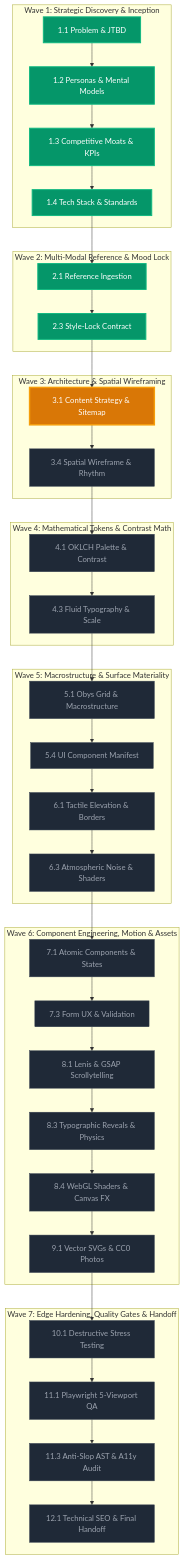
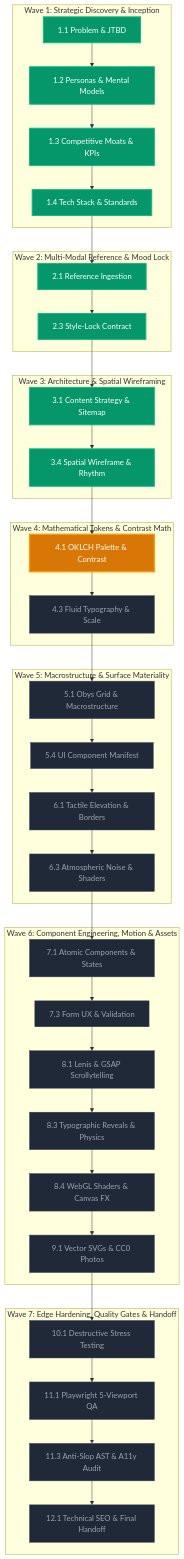
The diagram in docs/DESIGN_MAP.mermaid (atinek-182/Vidya-Dham-Academy), drawn with Mermaid before and after one commit. The commit also changed 6 other files, not shown here.

Commit message:
[GATE] Phase 3.4 Completed: Spatial Wireframing, Wave 3 Gate Cleared, and Handoff to Phase 4.1

````diff
--- a/docs/DESIGN_MAP.mermaid
+++ b/docs/DESIGN_MAP.mermaid
@@ -1,51 +1,51 @@
 ```mermaid
 graph TD
   subgraph WAVE_1 ["Wave 1: Strategic Discovery & Inception"]
     P1_1["1.1 Problem & JTBD"]:::completed --> P1_2["1.2 Personas & Mental Models"]:::completed
     P1_2 --> P1_3["1.3 Competitive Moats & KPIs"]:::completed
     P1_3 --> P1_4["1.4 Tech Stack & Standards"]:::completed
   end
 
   subgraph WAVE_2 ["Wave 2: Multi-Modal Reference & Mood Lock"]
     P2_1["2.1 Reference Ingestion"]:::completed --> P2_3["2.3 Style-Lock Contract"]:::completed
   end
 
   subgraph WAVE_3 ["Wave 3: Architecture & Spatial Wireframing"]
-    P3_1["3.1 Content Strategy & Sitemap"]:::active --> P3_4["3.4 Spatial Wireframe & Rhythm"]:::pending
+    P3_1["3.1 Content Strategy & Sitemap"]:::completed --> P3_4["3.4 Spatial Wireframe & Rhythm"]:::completed
   end
 
   subgraph WAVE_4 ["Wave 4: Mathematical Tokens & Contrast Math"]
-    P4_1["4.1 OKLCH Palette & Contrast"]:::pending --> P4_3["4.3 Fluid Typography & Scale"]:::pending
+    P4_1["4.1 OKLCH Palette & Contrast"]:::active --> P4_3["4.3 Fluid Typography & Scale"]:::pending
   end
 
   subgraph WAVE_5 ["Wave 5: Macrostructure & Surface Materiality"]
     P5_1["5.1 Obys Grid & Macrostructure"]:::pending --> P5_4["5.4 UI Component Manifest"]:::pending
     P5_4 --> P6_1["6.1 Tactile Elevation & Borders"]:::pending
     P6_1 --> P6_3["6.3 Atmospheric Noise & Shaders"]:::pending
   end
 
   subgraph WAVE_6 ["Wave 6: Component Engineering, Motion & Assets"]
     P7_1["7.1 Atomic Components & States"]:::pending --> P7_3["7.3 Form UX & Validation"]:::pending
     P7_3 --> P8_1["8.1 Lenis & GSAP Scrollytelling"]:::pending
     P8_1 --> P8_3["8.3 Typographic Reveals & Physics"]:::pending
     P8_3 --> P8_4["8.4 WebGL Shaders & Canvas FX"]:::pending
     P8_4 --> P9_1["9.1 Vector SVGs & CC0 Photos"]:::pending
   end
 
   subgraph WAVE_7 ["Wave 7: Edge Hardening, Quality Gates & Handoff"]
     P10_1["10.1 Destructive Stress Testing"]:::pending --> P11_1["11.1 Playwright 5-Viewport QA"]:::pending
     P11_1 --> P11_3["11.3 Anti-Slop AST & A11y Audit"]:::pending
     P11_3 --> P12_1["12.1 Technical SEO & Final Handoff"]:::pending
   end
 
   P1_4 --> P2_1
   P2_3 --> P3_1
   P3_4 --> P4_1
   P4_3 --> P5_1
   P6_3 --> P7_1
   P9_1 --> P10_1
 
   classDef completed fill:#059669,stroke:#10b981,color:#ffffff,stroke-width:2px;
   classDef active fill:#d97706,stroke:#f59e0b,color:#ffffff,stroke-width:3px;
   classDef pending fill:#1f2937,stroke:#374151,color:#9ca3af,stroke-width:1px;
 ```
````
